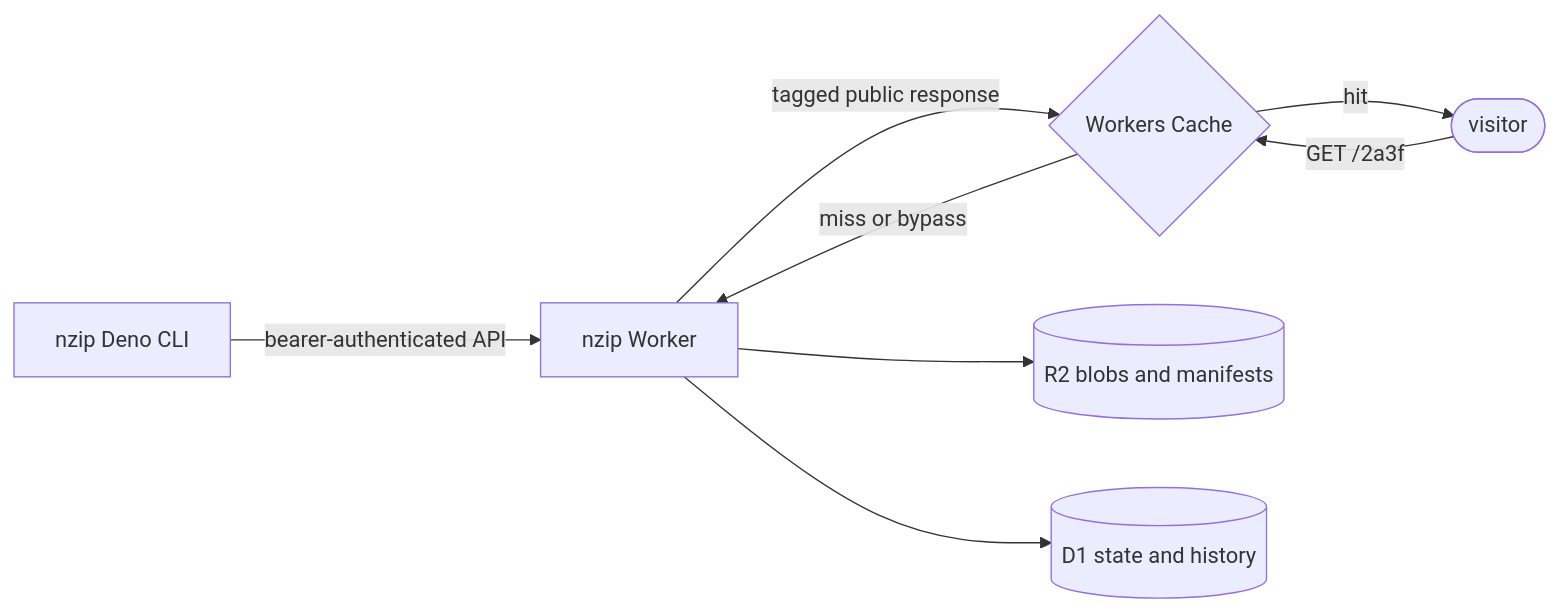
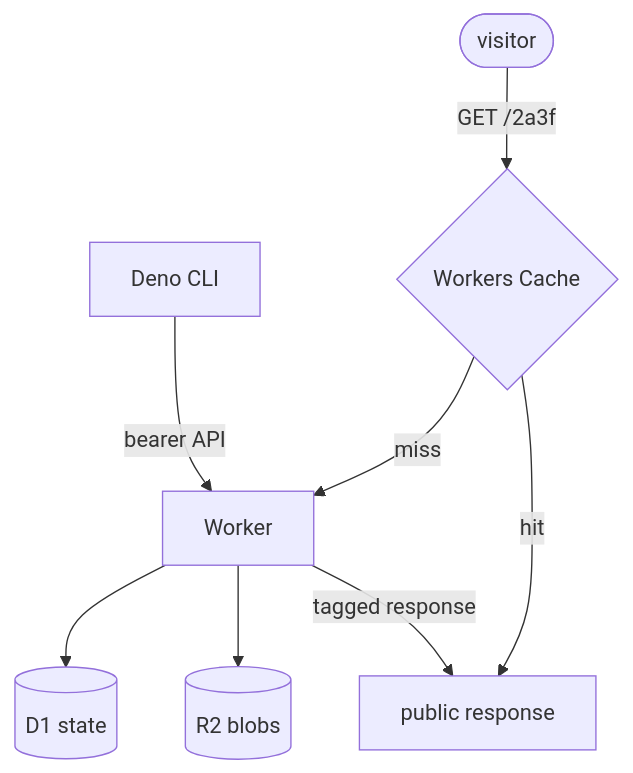
One commit to FelineStateMachine/nzip changed the first of 4 diagrams in ARCHITECTURE.md. Above: the diagram before and after it, drawn with Mermaid. The commit also changed other lines of this file and 1 other file, not shown here.

First line of the commit message:
docs: compact Mermaid diagrams

````diff
--- a/ARCHITECTURE.md
+++ b/ARCHITECTURE.md
@@ -9,10 +9,10 @@
 ```mermaid
-flowchart LR
-    CLI["nzip Deno CLI"] -- "bearer-authenticated API" --> W["nzip Worker"]
+flowchart TB
+    CLI["Deno CLI"] -- "bearer API" --> W["Worker"]
     V(["visitor"]) -- "GET /2a3f" --> C{"Workers Cache"}
-    C -- "hit" --> V
-    C -- "miss or bypass" --> W
-    W -- "tagged public response" --> C
-    W --> R2[("R2 blobs and manifests")]
-    W --> D1[("D1 state and history")]
+    C -- "hit" --> RESP["public response"]
+    C -- "miss" --> W
+    W -- "tagged response" --> RESP
+    W --> R2[("R2 blobs")]
+    W --> D1[("D1 state")]
 ```
````
